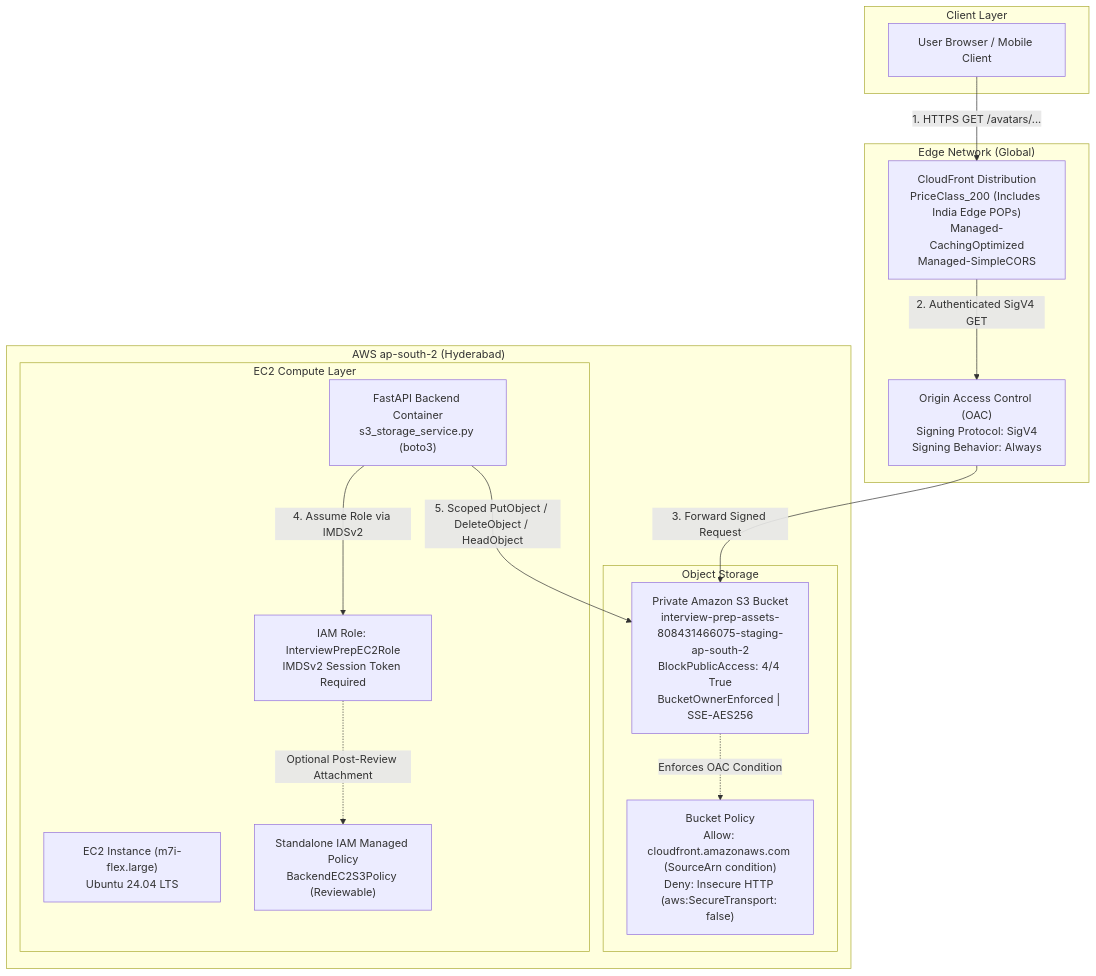
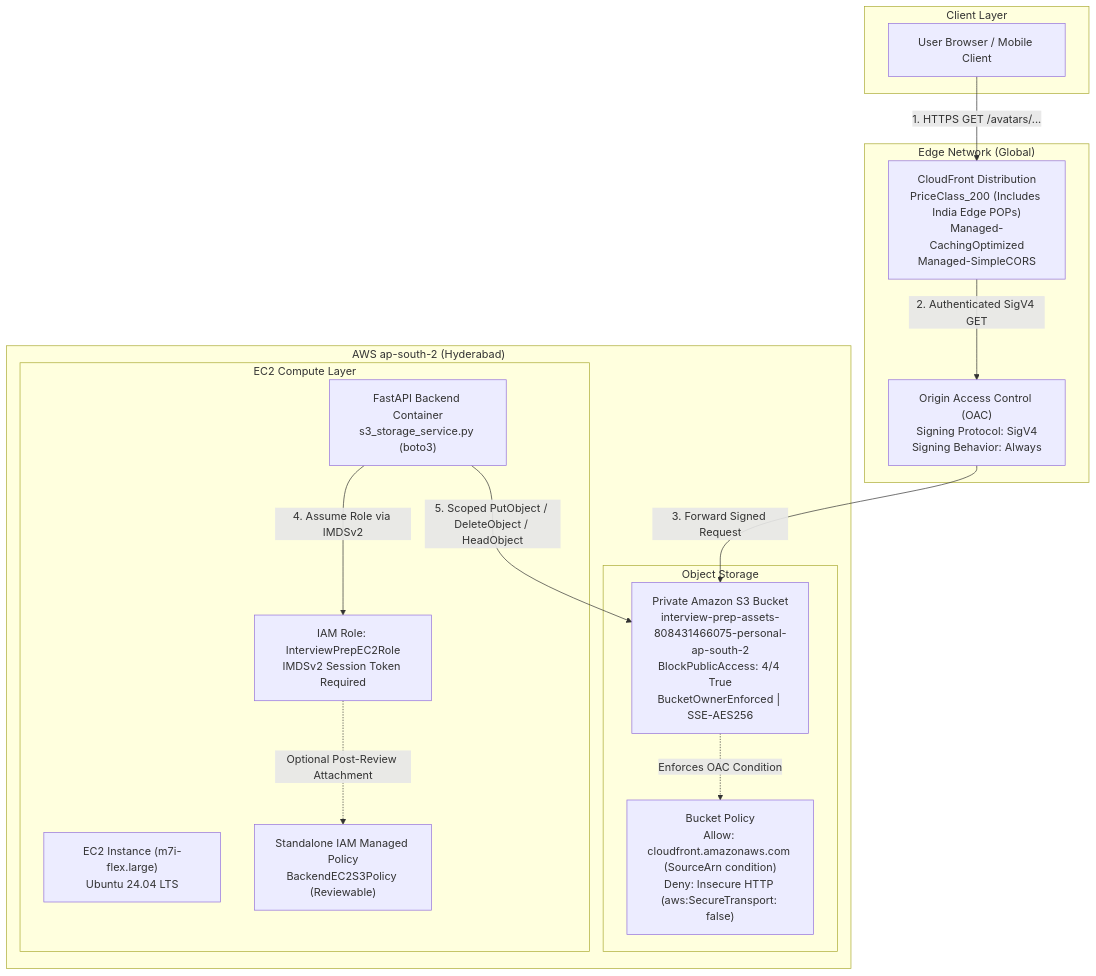
The diagram in interview-app/docs/migrations/aws-infrastructure.md (saicharanyadavalli/interview-prep), drawn with Mermaid before and after one commit. The commit also changed other lines of this file and 15 other files, not shown here.

Commit message:
fix(aws-assets): harden personal AWS S3 and CloudFront asset infrastructure, tooling, and verification

````diff
--- a/interview-app/docs/migrations/aws-infrastructure.md
+++ b/interview-app/docs/migrations/aws-infrastructure.md
@@ -9,34 +9,34 @@
 ```mermaid
 flowchart TD
     subgraph Viewers["Client Layer"]
         Browser["User Browser / Mobile Client"]
     end
 
     subgraph CDN["Edge Network (Global)"]
         CF["CloudFront Distribution\nPriceClass_200 (Includes India Edge POPs)\nManaged-CachingOptimized\nManaged-SimpleCORS"]
         OAC["Origin Access Control (OAC)\nSigning Protocol: SigV4\nSigning Behavior: Always"]
     end
 
     subgraph AWS_Region["AWS ap-south-2 (Hyderabad)"]
         subgraph Storage["Object Storage"]
-        S3["Private Amazon S3 Bucket\ninterview-prep-assets-808431466075-staging-ap-south-2\nBlockPublicAccess: 4/4 True\nBucketOwnerEnforced | SSE-AES256"]
+        S3["Private Amazon S3 Bucket\ninterview-prep-assets-808431466075-personal-ap-south-2\nBlockPublicAccess: 4/4 True\nBucketOwnerEnforced | SSE-AES256"]
             BucketPolicy["Bucket Policy\nAllow: cloudfront.amazonaws.com (SourceArn condition)\nDeny: Insecure HTTP (aws:SecureTransport: false)"]
         end
 
         subgraph Compute["EC2 Compute Layer"]
             EC2["EC2 Instance (m7i-flex.large)\nUbuntu 24.04 LTS"]
             IAM_Role["IAM Role: InterviewPrepEC2Role\nIMDSv2 Session Token Required"]
             FastAPI["FastAPI Backend Container\ns3_storage_service.py (boto3)"]
             ManagedPolicy["Standalone IAM Managed Policy\nBackendEC2S3Policy (Reviewable)"]
         end
     end
 
     Browser -->|1. HTTPS GET /avatars/...| CF
     CF -->|2. Authenticated SigV4 GET| OAC
     OAC -->|3. Forward Signed Request| S3
     S3 -.->|Enforces OAC Condition| BucketPolicy
 
     FastAPI -->|4. Assume Role via IMDSv2| IAM_Role
     IAM_Role -.->|Optional Post-Review Attachment| ManagedPolicy
     FastAPI -->|5. Scoped PutObject / DeleteObject / HeadObject| S3
 ```
````
